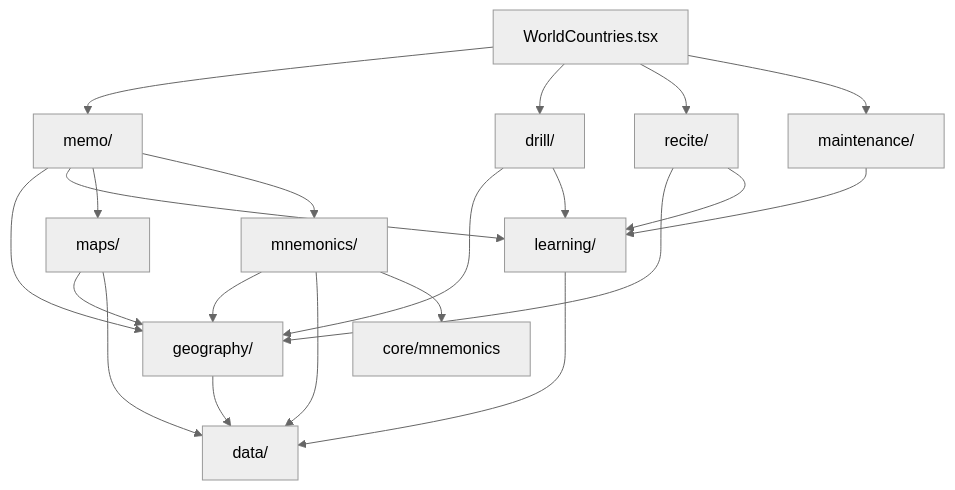
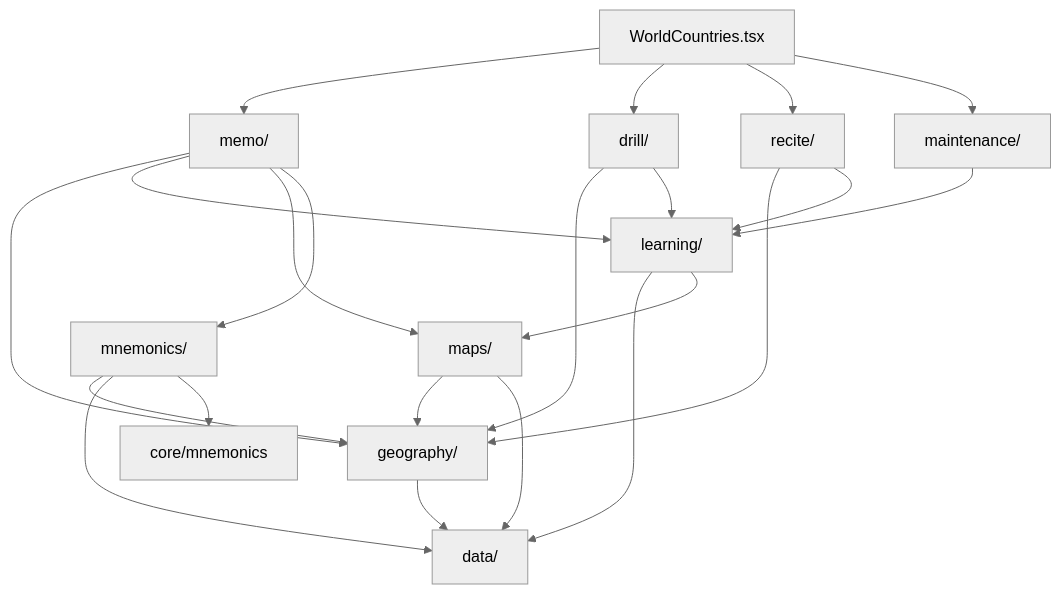
The diagram in docs/architecture/features/WORLD_COUNTRIES.md (JolleNo10/major-system-app), drawn with Mermaid (neutral theme) before and after one commit. The commit also changed other lines of this file and 33 other files, not shown here.

````diff
--- a/docs/architecture/features/WORLD_COUNTRIES.md
+++ b/docs/architecture/features/WORLD_COUNTRIES.md
@@ -93,23 +108,24 @@
 ```mermaid
 flowchart TD
     Geography["geography/"] --> Data["data/"]
     Learning["learning/"] --> Data
+    Learning --> Maps
     Maps["maps/"] --> Geography
     Maps --> Data
     Mnemonics["mnemonics/"] --> Geography
     Mnemonics --> Data
     Mnemonics --> CoreMnemonic["core/mnemonics"]
     Memo["memo/"] --> Geography
     Memo --> Learning
     Memo --> Maps
     Memo --> Mnemonics
     Drill["drill/"] --> Geography
     Drill --> Learning
     Recite["recite/"] --> Geography
     Recite --> Learning
     Maintenance["maintenance/"] --> Learning
     Shell["WorldCountries.tsx"] --> Memo
     Shell --> Drill
     Shell --> Recite
     Shell --> Maintenance
 ```
````
